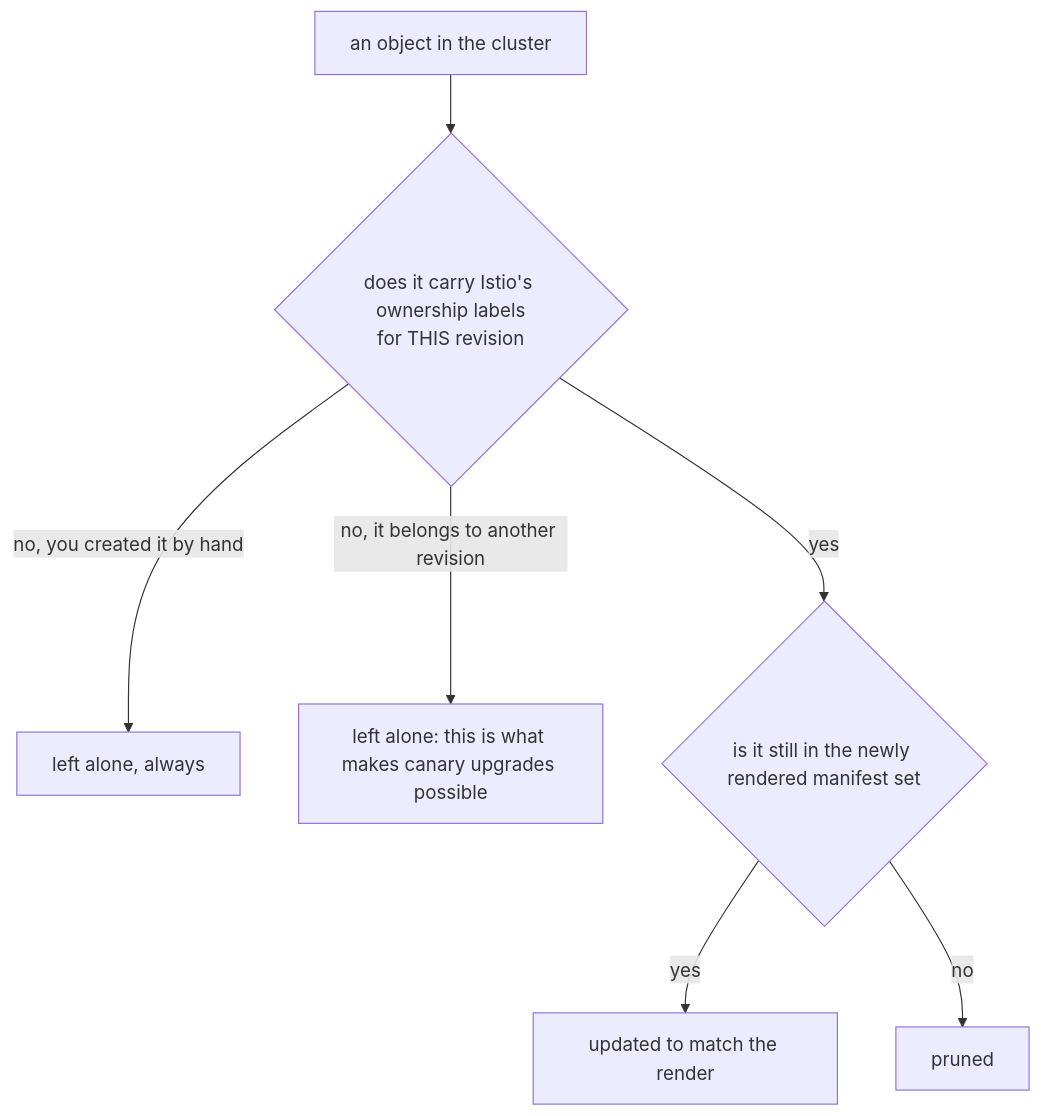
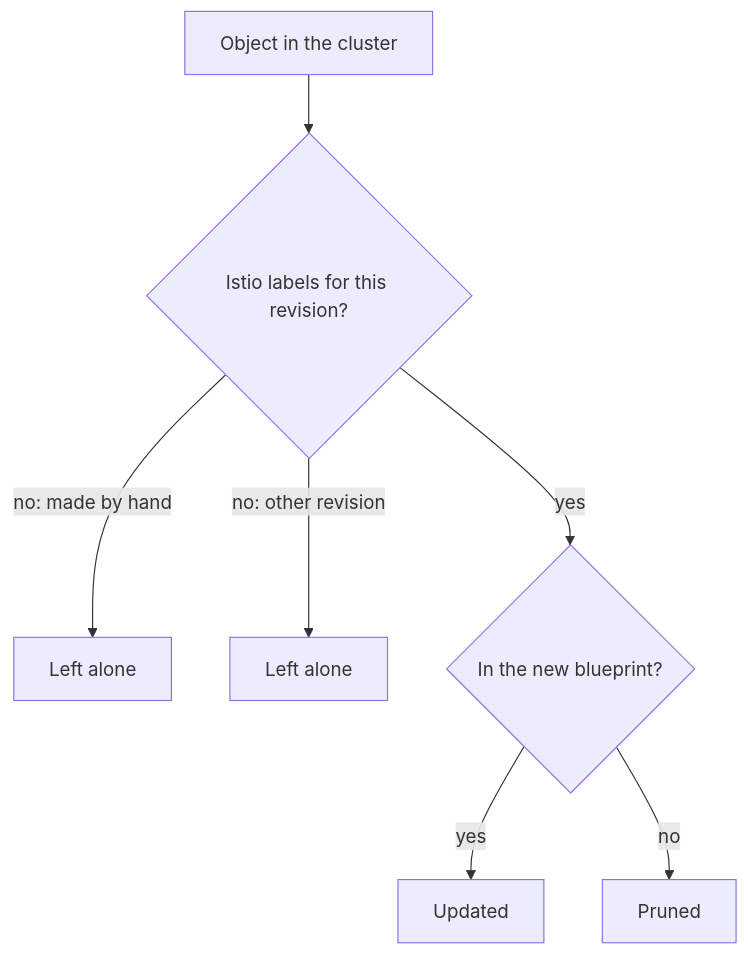
Before and after one commit to astrona-io/ATS013: the diagram in sections/section-010/module-01/course-04-reconciliation-and-removal.md, drawn with Mermaid. The commit also changed other lines of this file and 24 other files, not shown here.

````diff
--- a/sections/section-010/module-01/course-04-reconciliation-and-removal.md
+++ b/sections/section-010/module-01/course-04-reconciliation-and-removal.md
@@ -52,9 +61,9 @@
 ```mermaid
-flowchart TD
-    O["an object in the cluster"] --> Q{"does it carry Istio's ownership labels<br/>for THIS revision"}
-    Q -->|"no, you created it by hand"| K["left alone, always"]
-    Q -->|"no, it belongs to another revision"| K2["left alone: this is what makes canary upgrades possible"]
-    Q -->|"yes"| R{"is it still in the newly rendered manifest set"}
-    R -->|"yes"| U["updated to match the render"]
-    R -->|"no"| D["pruned"]
+flowchart TB
+    O["Object in the cluster"] --> Q{"Istio labels for this revision?"}
+    Q -->|"no: made by hand"| K["Left alone"]
+    Q -->|"no: other revision"| K2["Left alone"]
+    Q -->|"yes"| R{"In the new blueprint?"}
+    R -->|"yes"| U["Updated"]
+    R -->|"no"| D["Pruned"]
 ```
````
